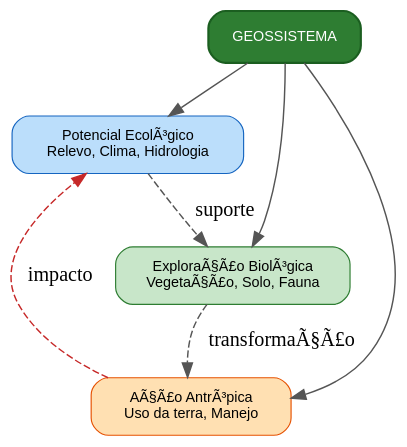
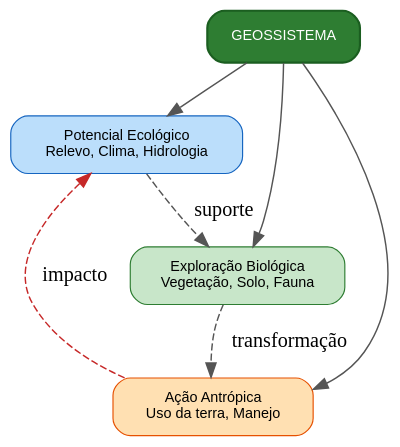
Before and after one commit to ldvsantos/cv: the diagram in aulas/analise_paisagem/aulas/dominios_paisagens_tropicais/dominios_paisagens_tropicais.qmd, drawn with Graphviz. The commit also changed other lines of this file and 31 other files, not shown here.

````diff
--- a/aulas/analise_paisagem/aulas/dominios_paisagens_tropicais/dominios_paisagens_tropicais.qmd
+++ b/aulas/analise_paisagem/aulas/dominios_paisagens_tropicais/dominios_paisagens_tropicais.qmd
@@ -94,22 +96,22 @@
 ```{dot}
-//| fig-cap: "Modelo do Geossistema segundo Bertrand (1971): tripÃ© funcional."
+//| fig-cap: "Modelo do Geossistema segundo Bertrand (1971): tripé funcional."
 //| fig-width: 7
 digraph {
     rankdir=TB
     bgcolor="transparent"
     node [shape=box, style="rounded,filled", fontname="Helvetica", fontsize=10, margin="0.25,0.12", penwidth=0.8]
     edge [color="#555555", penwidth=1.0]
 
     G [label="GEOSSISTEMA", fillcolor="#2E7D32", fontcolor="white", color="#1B5E20", penwidth=1.5]
-    PE [label="Potencial EcolÃ³gico\nRelevo, Clima, Hidrologia", fillcolor="#BBDEFB", color="#1565C0"]
-    EB [label="ExploraÃ§Ã£o BiolÃ³gica\nVegetaÃ§Ã£o, Solo, Fauna", fillcolor="#C8E6C9", color="#2E7D32"]
-    AA [label="AÃ§Ã£o AntrÃ³pica\nUso da terra, Manejo", fillcolor="#FFE0B2", color="#E65100"]
+    PE [label="Potencial Ecológico\nRelevo, Clima, Hidrologia", fillcolor="#BBDEFB", color="#1565C0"]
+    EB [label="Exploração Biológica\nVegetação, Solo, Fauna", fillcolor="#C8E6C9", color="#2E7D32"]
+    AA [label="Ação Antrópica\nUso da terra, Manejo", fillcolor="#FFE0B2", color="#E65100"]
 
     G -> PE
     G -> EB
     G -> AA
     PE -> EB [label="suporte", style=dashed]
-    EB -> AA [label="transformaÃ§Ã£o", style=dashed]
+    EB -> AA [label="transformação", style=dashed]
     AA -> PE [label="impacto", style=dashed, color="#C62828"]
 }
 ```
````
